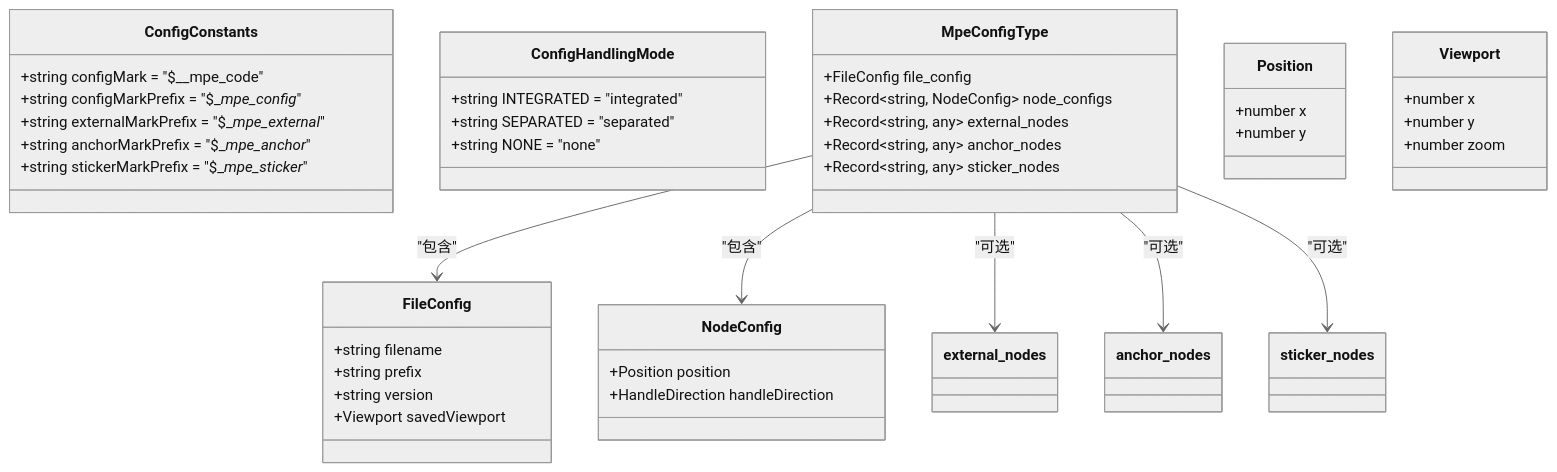
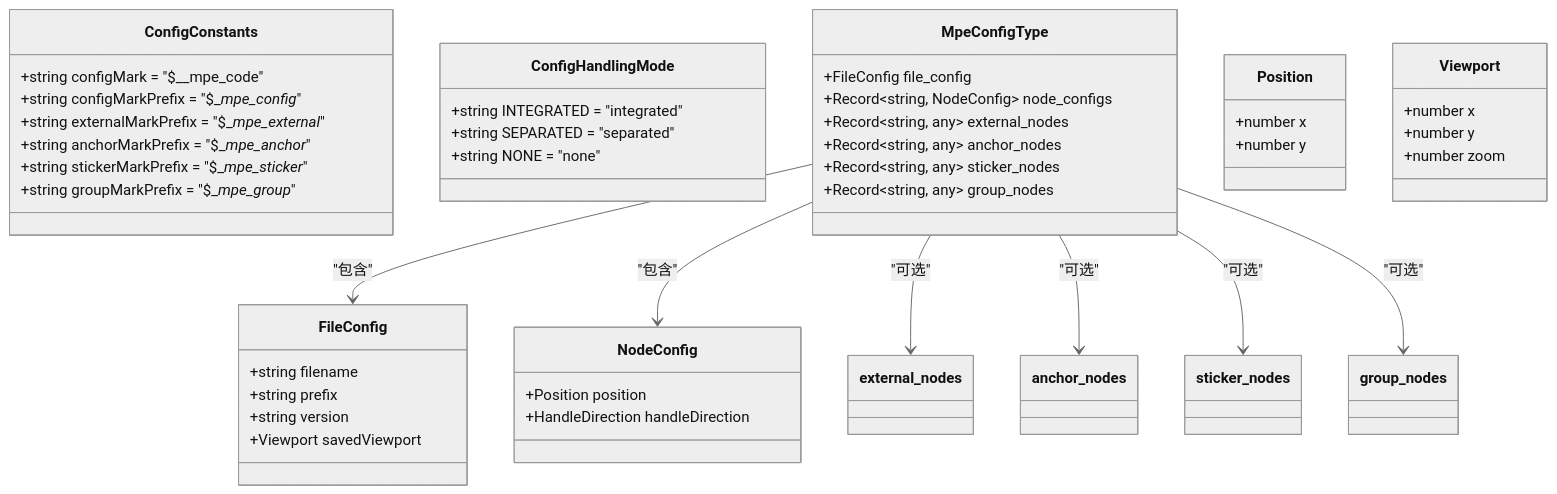
One commit to kqcoxn/MaaPipelineEditor changed the first of 5 diagrams in .qoder/repowiki/zh/content/特性/解析器/配置分割与合并.md. Above: the diagram before and after it, drawn with Mermaid (neutral theme). The commit also changed other lines of this file and 14 other files, not shown here.

````diff
--- a/.qoder/repowiki/zh/content/特性/解析器/配置分割与合并.md
+++ b/.qoder/repowiki/zh/content/特性/解析器/配置分割与合并.md
@@ -68,46 +70,49 @@
 ```mermaid
 classDiagram
 class ConfigConstants {
 +string configMark = "$__mpe_code"
 +string configMarkPrefix = "$__mpe_config_"
 +string externalMarkPrefix = "$__mpe_external_"
 +string anchorMarkPrefix = "$__mpe_anchor_"
 +string stickerMarkPrefix = "$__mpe_sticker_"
++string groupMarkPrefix = "$__mpe_group_"
 }
 class ConfigHandlingMode {
 +string INTEGRATED = "integrated"
 +string SEPARATED = "separated"
 +string NONE = "none"
 }
 class MpeConfigType {
 +FileConfig file_config
 +Record~string, NodeConfig~ node_configs
 +Record~string, any~ external_nodes
 +Record~string, any~ anchor_nodes
 +Record~string, any~ sticker_nodes
++Record~string, any~ group_nodes
 }
 class FileConfig {
 +string filename
 +string prefix
 +string version
 +Viewport savedViewport
 }
 class NodeConfig {
 +Position position
 +HandleDirection handleDirection
 }
 class Position {
 +number x
 +number y
 }
 class Viewport {
 +number x
 +number y
 +number zoom
 }
 MpeConfigType --> FileConfig : "包含"
 MpeConfigType --> NodeConfig : "包含"
 MpeConfigType --> external_nodes : "可选"
 MpeConfigType --> anchor_nodes : "可选"
 MpeConfigType --> sticker_nodes : "可选"
+MpeConfigType --> group_nodes : "可选"
 ```
````
